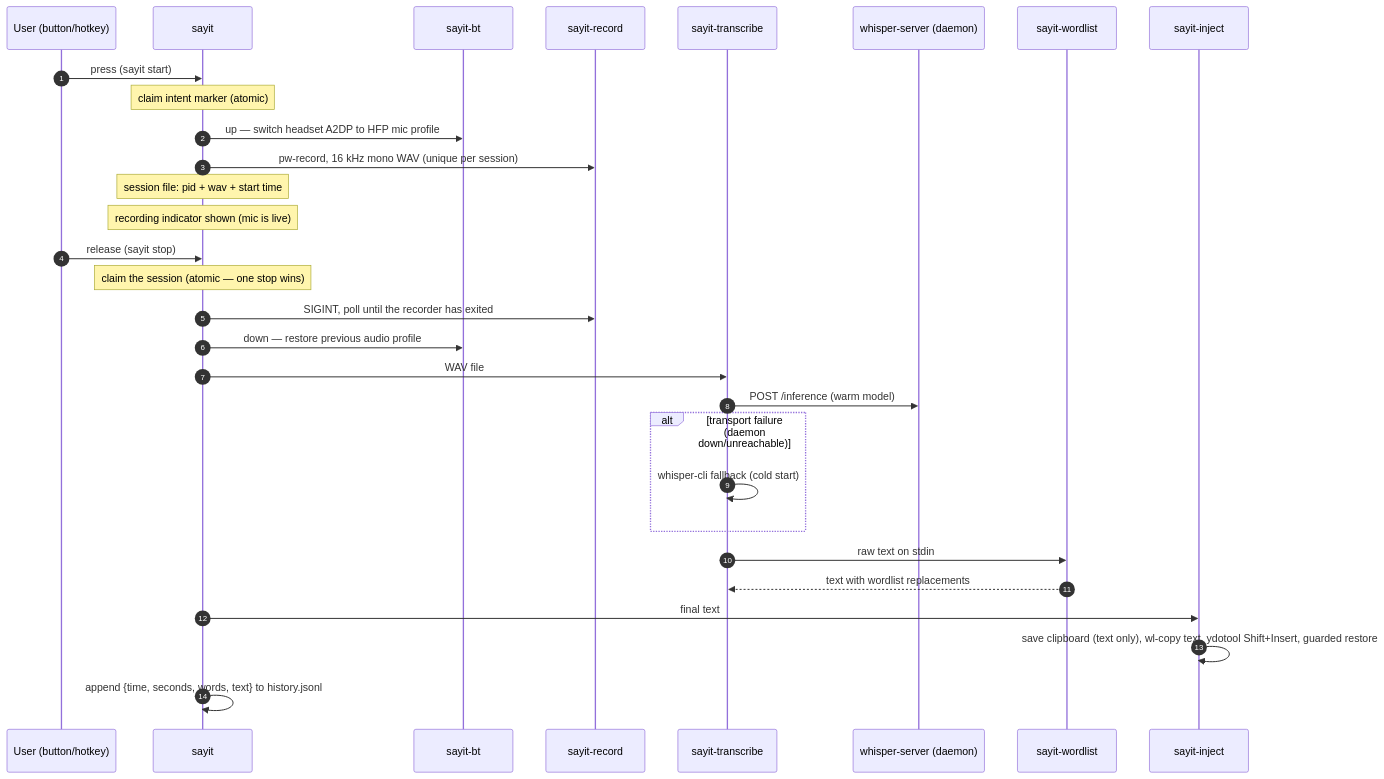
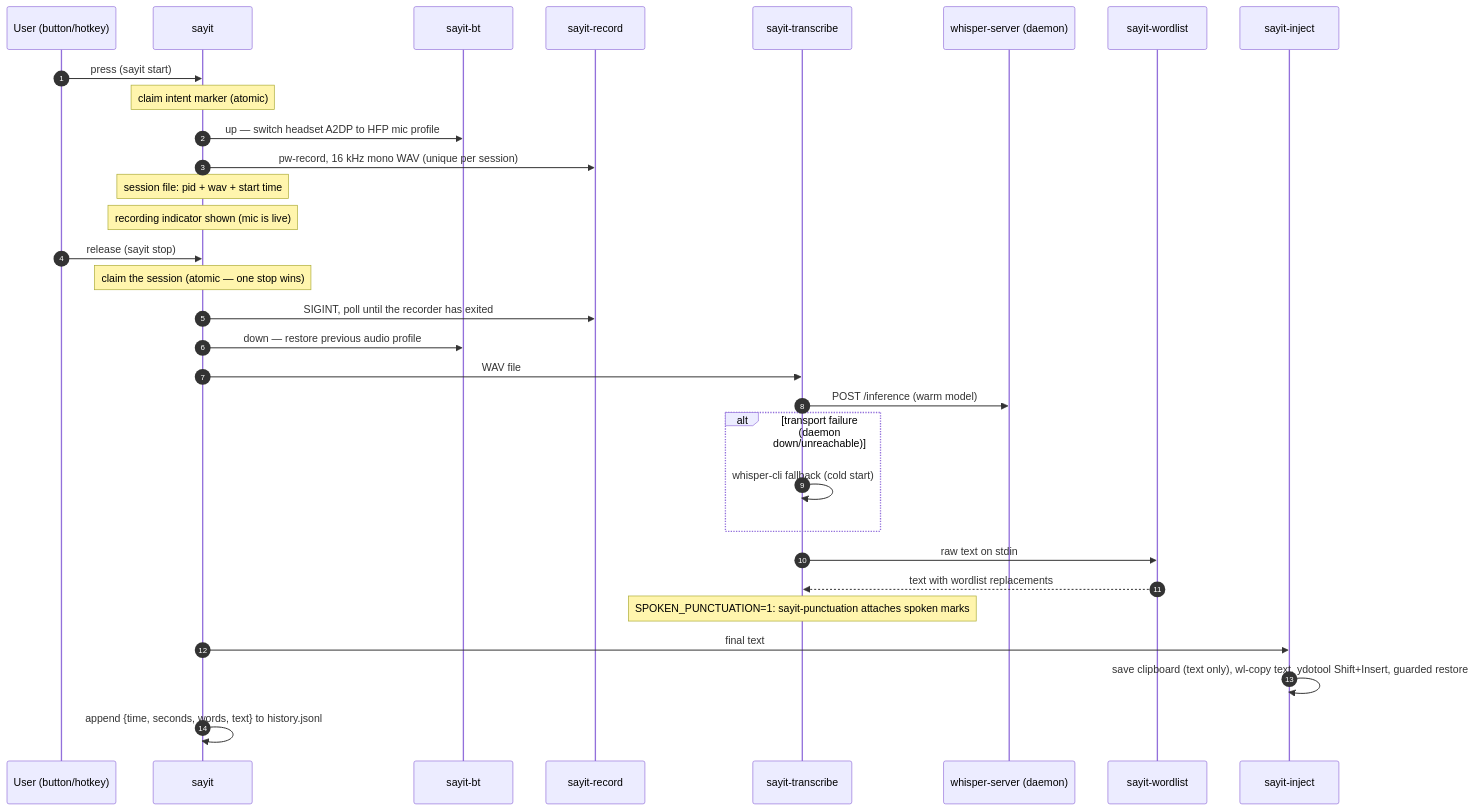
The second of 4 diagrams in docs/ARCHITECTURE.md (MrTorriz/sayit), drawn with Mermaid before and after one commit. The commit also changed other lines of this file and 8 other files, not shown here.

First line of the commit message:
feat: spoken punctuation, attached to the words around it (#13)

````diff
--- a/docs/ARCHITECTURE.md
+++ b/docs/ARCHITECTURE.md
@@ -84,33 +84,34 @@
 ```mermaid
 sequenceDiagram
     autonumber
     participant U as User (button/hotkey)
     participant S as sayit
     participant BT as sayit-bt
     participant R as sayit-record
     participant T as sayit-transcribe
     participant D as whisper-server (daemon)
     participant W as sayit-wordlist
     participant I as sayit-inject
 
     U->>S: press (sayit start)
     Note over S: claim intent marker (atomic)
     S->>BT: up — switch headset A2DP to HFP mic profile
     S->>R: pw-record, 16 kHz mono WAV (unique per session)
     Note over S: session file: pid + wav + start time
     Note over S: recording indicator shown (mic is live)
     U->>S: release (sayit stop)
     Note over S: claim the session (atomic — one stop wins)
     S->>R: SIGINT, poll until the recorder has exited
     S->>BT: down — restore previous audio profile
     S->>T: WAV file
     T->>D: POST /inference (warm model)
     alt transport failure (daemon down/unreachable)
         T->>T: whisper-cli fallback (cold start)
     end
     T->>W: raw text on stdin
     W-->>T: text with wordlist replacements
+    Note over T: SPOKEN_PUNCTUATION=1: sayit-punctuation attaches spoken marks
     S->>I: final text
     I->>I: save clipboard (text only), wl-copy text, ydotool Shift+Insert, guarded restore
     S->>S: append {time, seconds, words, text} to history.jsonl
 ```
````
